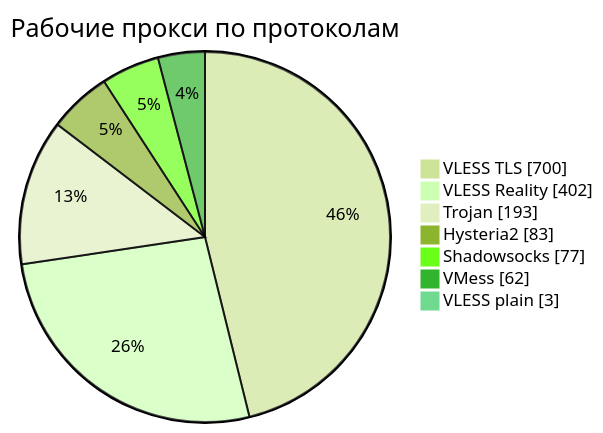
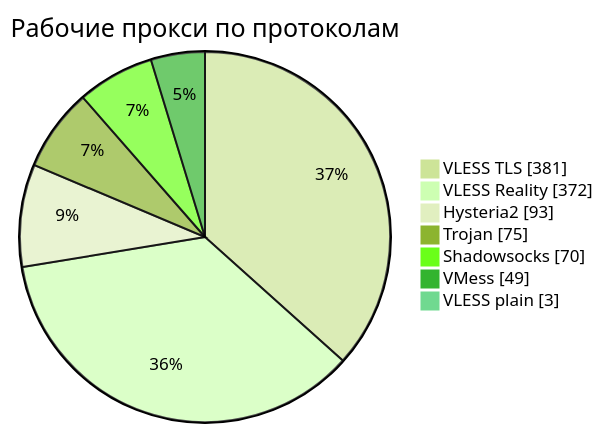
One commit to rvvg/proxy-subs changed the third of 4 diagrams in README.md. Above: the diagram before and after it, drawn with Mermaid (forest theme). The commit also changed other lines of this file and 50 other files, not shown here.

````diff
--- a/README.md
+++ b/README.md
@@ -138,11 +135,11 @@
 ```mermaid
 pie showData
     title Рабочие прокси по протоколам
-    "VLESS TLS" : 700
-    "VLESS Reality" : 402
-    "Trojan" : 193
-    "Hysteria2" : 83
-    "Shadowsocks" : 77
-    "VMess" : 62
+    "VLESS TLS" : 381
+    "VLESS Reality" : 372
+    "Hysteria2" : 93
+    "Trojan" : 75
+    "Shadowsocks" : 70
+    "VMess" : 49
     "VLESS plain" : 3
 ```
````
